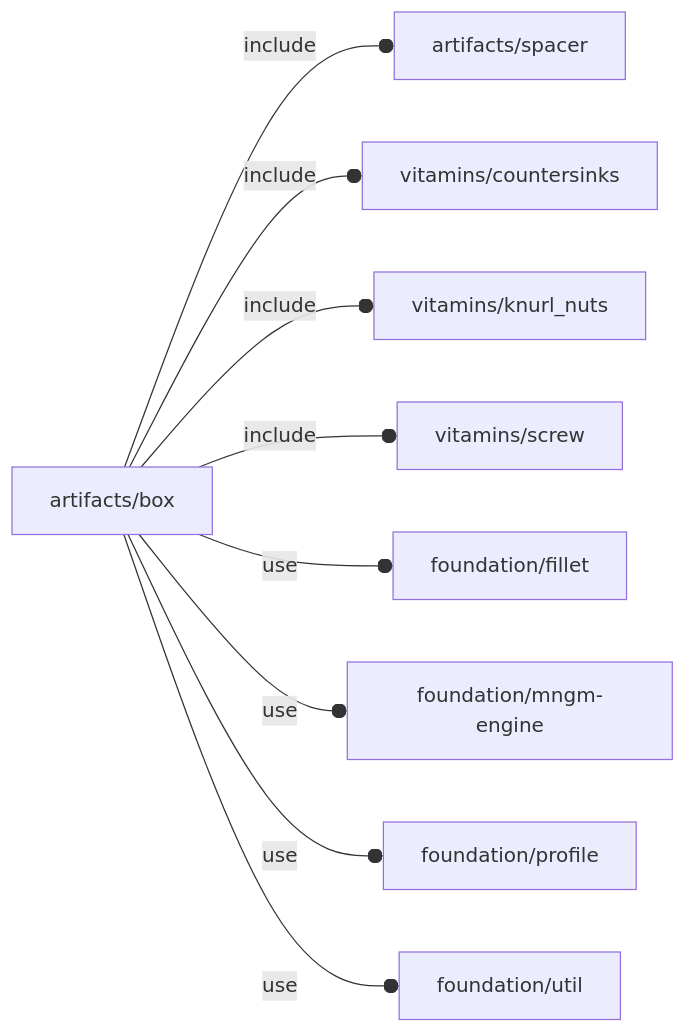
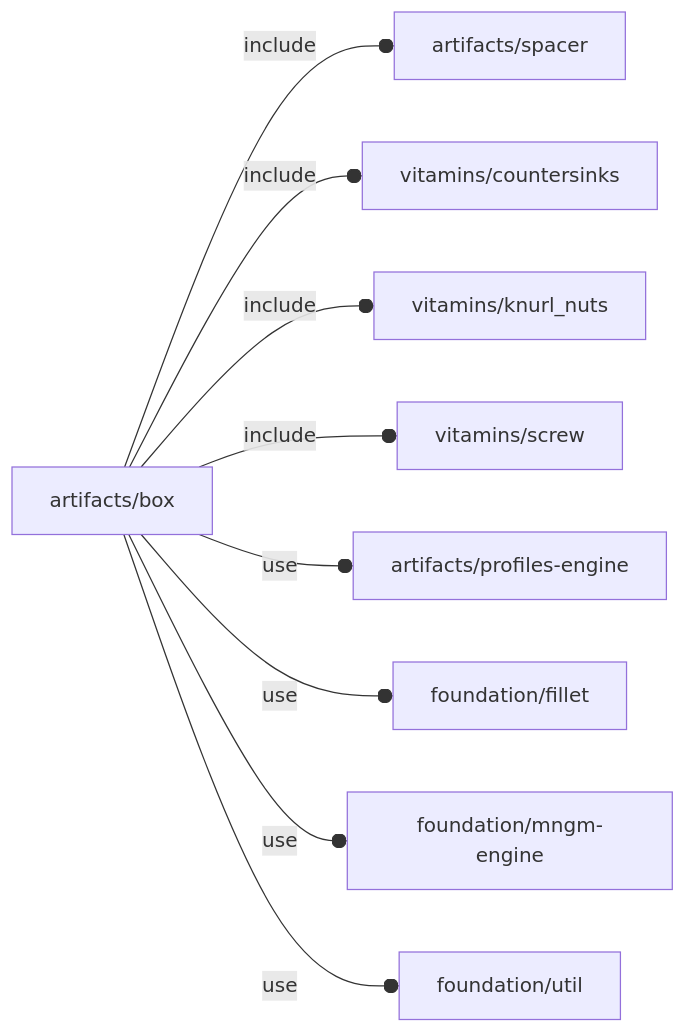
The diagram in orthodocs/artifacts/box.md (ggabbiani/OFL), drawn with Mermaid before and after one commit. The commit also changed 28 other files, not shown here.

Commit message:
renamed foundation/profile.scad into artifacts/profiles-engine.scad, renamed foundation/type_trait.scad into foundation/traits-engine.scad

````diff
--- a/orthodocs/artifacts/box.md
+++ b/orthodocs/artifacts/box.md
@@ -5,11 +5,11 @@
 ```mermaid
 graph LR
     A1[artifacts/box] --o|include| A2[artifacts/spacer]
     A1 --o|include| A3[vitamins/countersinks]
     A1 --o|include| A4[vitamins/knurl_nuts]
     A1 --o|include| A5[vitamins/screw]
-    A1 --o|use| A6[foundation/fillet]
-    A1 --o|use| A7[foundation/mngm-engine]
-    A1 --o|use| A8[foundation/profile]
+    A1 --o|use| A6[artifacts/profiles-engine]
+    A1 --o|use| A7[foundation/fillet]
+    A1 --o|use| A8[foundation/mngm-engine]
     A1 --o|use| A9[foundation/util]
 ```
````
